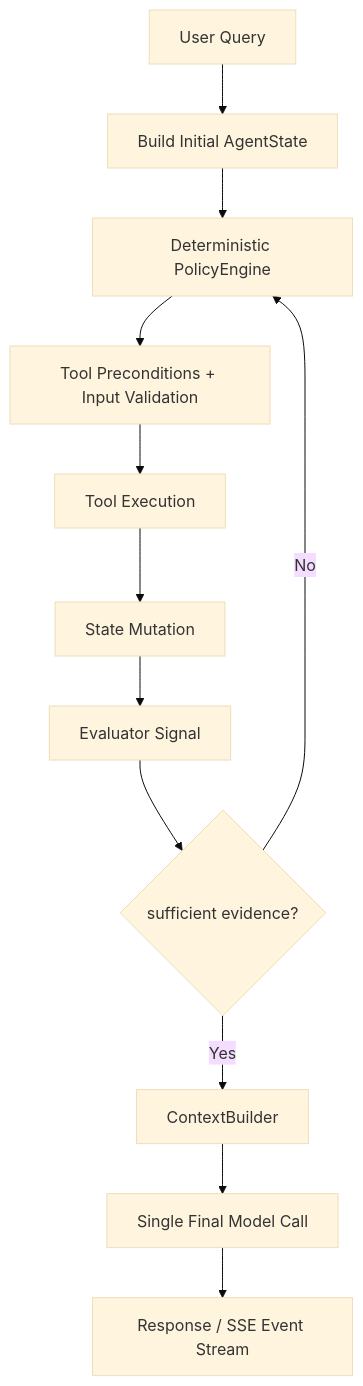
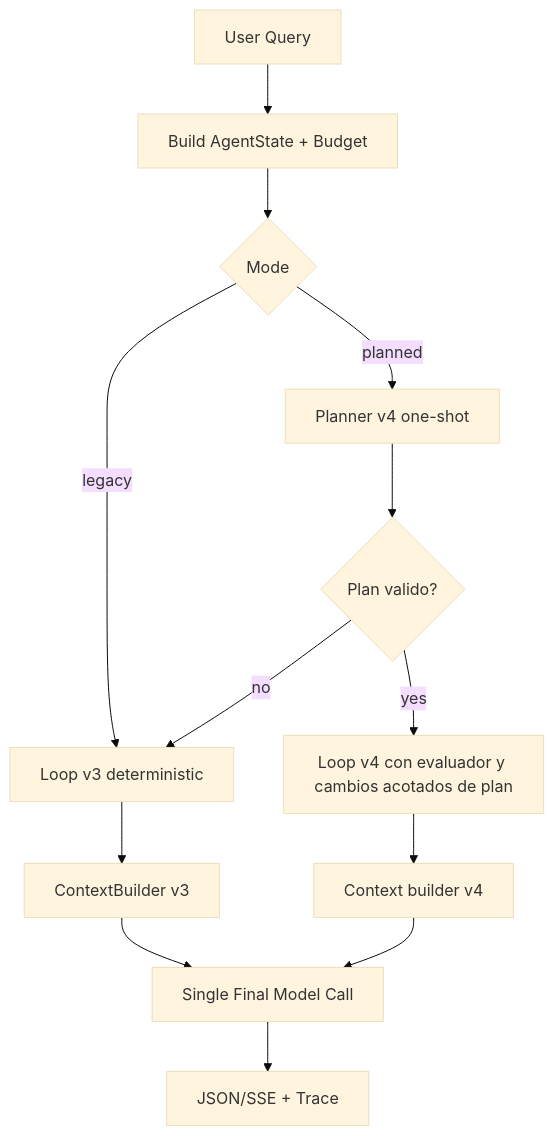
The diagram in agent_core/DOCUMENTATION_AGENT_CORE.md (WilhelmBuitrago/matprop-ml), drawn with Mermaid (base theme) before and after one commit. The commit also changed other lines of this file and 51 other files, not shown here.

````diff
--- a/agent_core/DOCUMENTATION_AGENT_CORE.md
+++ b/agent_core/DOCUMENTATION_AGENT_CORE.md
@@ -32,14 +57,15 @@
 ```mermaid
 flowchart TD
-    A[User Query] --> B[Build Initial AgentState]
-    B --> C[Deterministic PolicyEngine]
-    C --> D[Tool Preconditions + Input Validation]
-    D --> E[Tool Execution]
-    E --> F[State Mutation]
-    F --> G[Evaluator Signal]
-    G --> H{sufficient evidence?}
-    H -- No --> C
-    H -- Yes --> I[ContextBuilder]
-    I --> J[Single Final Model Call]
-    J --> K[Response / SSE Event Stream]
+    A[User Query] --> B[Build AgentState + Budget]
+  B --> C{Mode}
+  C -- legacy --> D[Loop v3 deterministic]
+  C -- planned --> E[Planner v4 one-shot]
+  E --> F{Plan valido?}
+  F -- no --> D
+  F -- yes --> G[Loop v4 con evaluador y cambios acotados de plan]
+  D --> H[ContextBuilder v3]
+  G --> I[Context builder v4]
+  H --> J[Single Final Model Call]
+  I --> J
+  J --> K[JSON/SSE + Trace]
 ```
````
